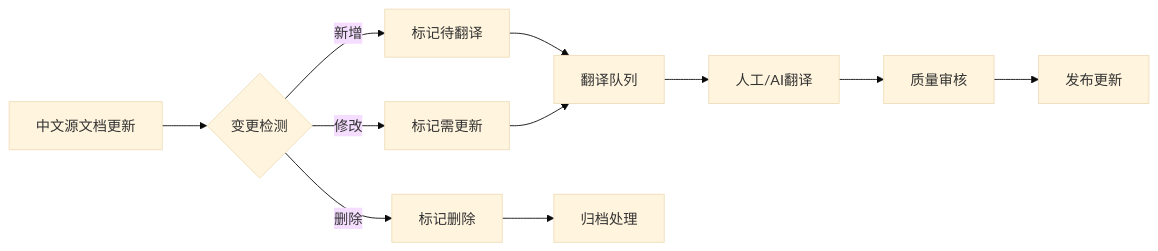
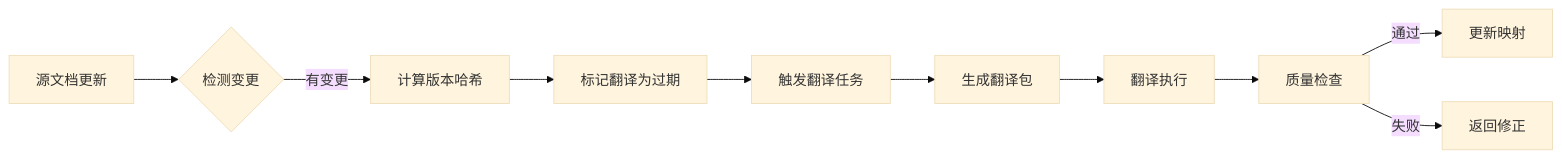
One commit to AdaMartin18010/AnalysisDataFlow changed the second of 2 diagrams in i18n/i18n-architecture.md. Above: the diagram before and after it, drawn with Mermaid (base theme). The commit also changed other lines of this file and 80 other files, not shown here.

````diff
--- a/i18n/i18n-architecture.md
+++ b/i18n/i18n-architecture.md
@@ -69,13 +260,12 @@
 ```mermaid
-graph LR
-    A[中文源文档更新] --> B{变更检测}
-    B -->|新增| C[标记待翻译]
-    B -->|修改| D[标记需更新]
-    B -->|删除| E[标记删除]
-    C --> F[翻译队列]
-    D --> F
-    E --> G[归档处理]
-    F --> H[人工/AI翻译]
-    H --> I[质量审核]
-    I --> J[发布更新]
+flowchart LR
+    A[源文档更新] --> B{检测变更}
+    B -->|有变更| C[计算版本哈希]
+    C --> D[标记翻译为过期]
+    D --> E[触发翻译任务]
+    E --> F[生成翻译包]
+    F --> G[翻译执行]
+    G --> H[质量检查]
+    H -->|通过| I[更新映射]
+    H -->|失败| J[返回修正]
 ```
````
